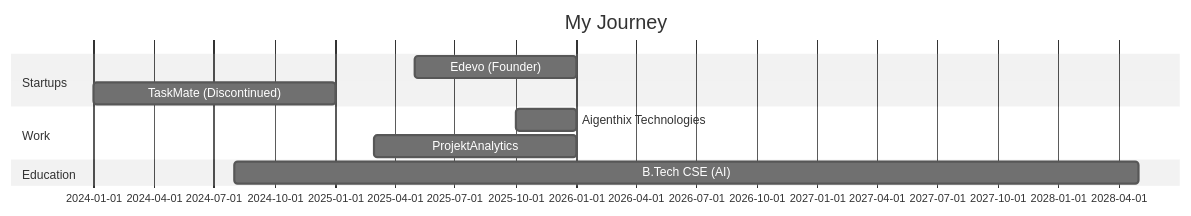
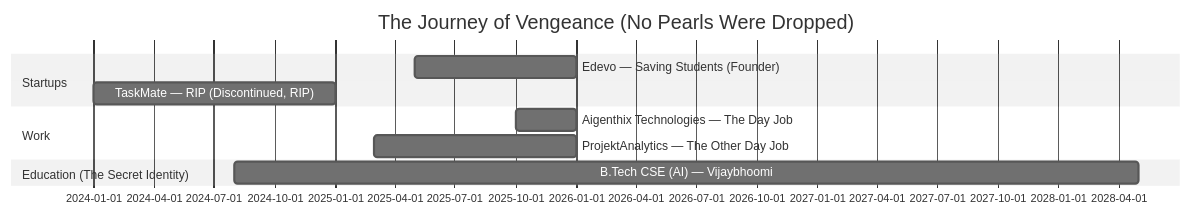
Before and after one commit to vengeance0112/vengeance0112: the diagram in README.md, drawn with Mermaid (neutral theme). The commit also changed other lines of this file, not shown here.

````diff
--- a/README.md
+++ b/README.md
@@ -281,13 +337,13 @@
 ```mermaid
 gantt
-    title My Journey
+    title The Journey of Vengeance (No Pearls Were Dropped)
     dateFormat  YYYY-MM
     section Startups
-    Edevo (Founder)           :2025-05, 2026-01
-    TaskMate (Discontinued)   :2024-01, 2025-01
+    Edevo — Saving Students (Founder)        :2025-05, 2026-01
+    TaskMate — RIP (Discontinued, RIP)       :2024-01, 2025-01
     section Work
-    Aigenthix Technologies    :2025-10, 2026-01
-    ProjektAnalytics          :2025-03, 2026-01
-    section Education
-    B.Tech CSE (AI)           :2024-08, 2028-05
+    Aigenthix Technologies — The Day Job     :2025-10, 2026-01
+    ProjektAnalytics — The Other Day Job     :2025-03, 2026-01
+    section Education (The Secret Identity)
+    B.Tech CSE (AI) — Vijaybhoomi           :2024-08, 2028-05
 ```
````
